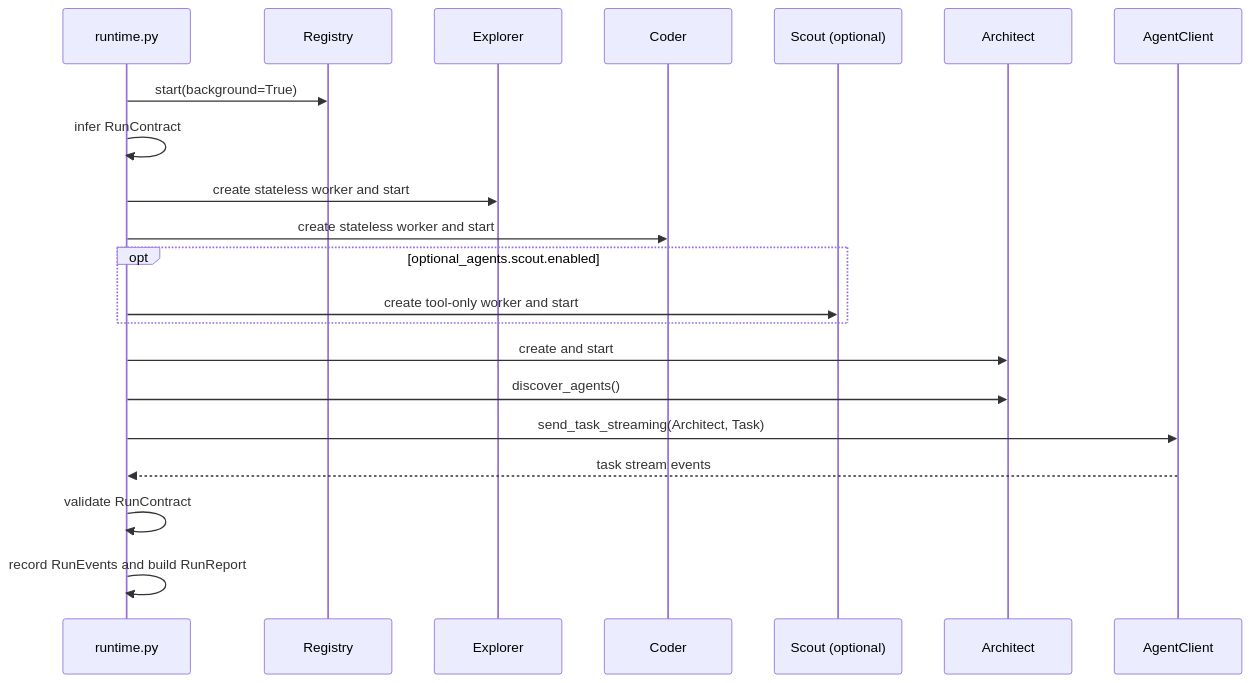
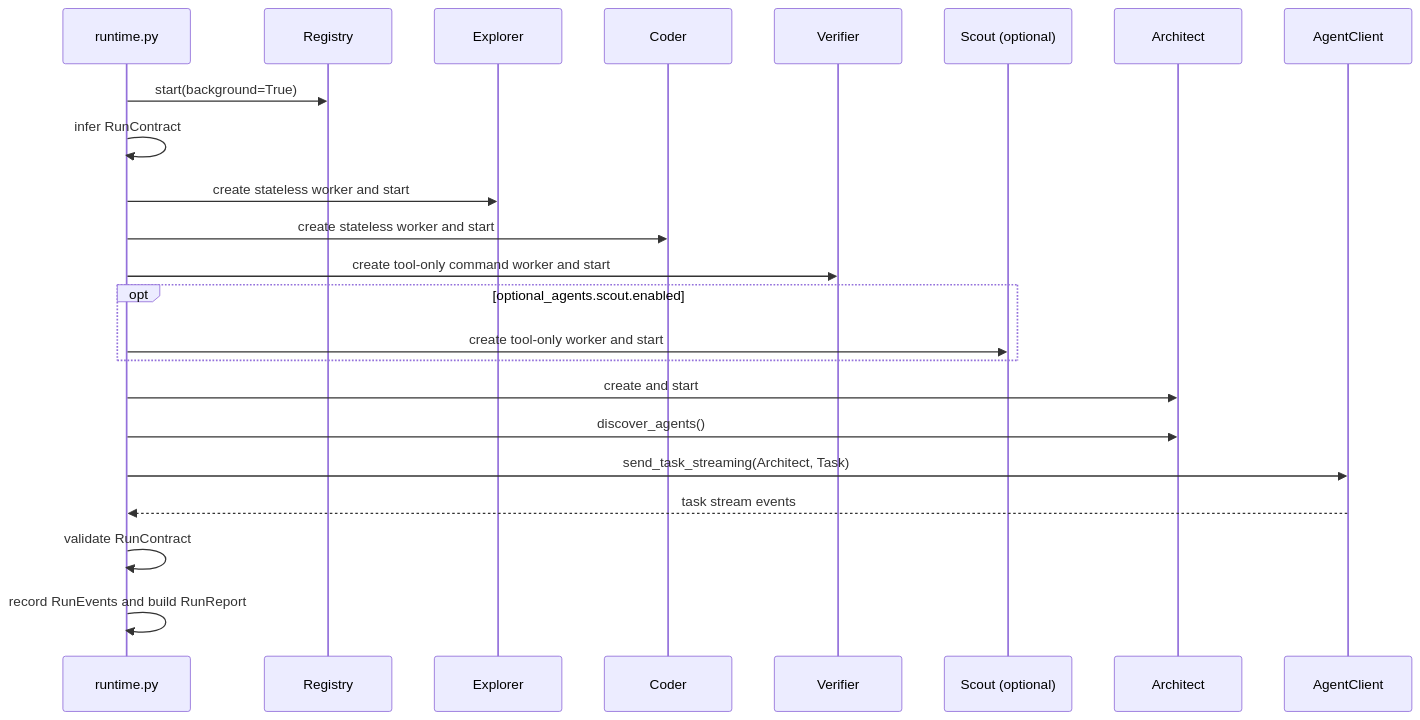
Before and after one commit to nMaroulis/protoagent: the diagram in docs/content/core/runtime.md, drawn with Mermaid. The commit also changed other lines of this file and 69 other files, not shown here.

````diff
--- a/docs/content/core/runtime.md
+++ b/docs/content/core/runtime.md
@@ -123,24 +125,26 @@
 ```mermaid
 sequenceDiagram
   participant Core as runtime.py
   participant Reg as Registry
   participant Exp as Explorer
   participant Cod as Coder
+  participant Ver as Verifier
   participant Scout as Scout (optional)
   participant Arc as Architect
   participant Client as AgentClient
 
   Core->>Reg: start(background=True)
   Core->>Core: infer RunContract
   Core->>Exp: create stateless worker and start
   Core->>Cod: create stateless worker and start
+  Core->>Ver: create tool-only command worker and start
   opt optional_agents.scout.enabled
     Core->>Scout: create tool-only worker and start
   end
   Core->>Arc: create and start
   Core->>Arc: discover_agents()
   Core->>Client: send_task_streaming(Architect, Task)
   Client-->>Core: task stream events
   Core->>Core: validate RunContract
   Core->>Core: record RunEvents and build RunReport
 ```
````
